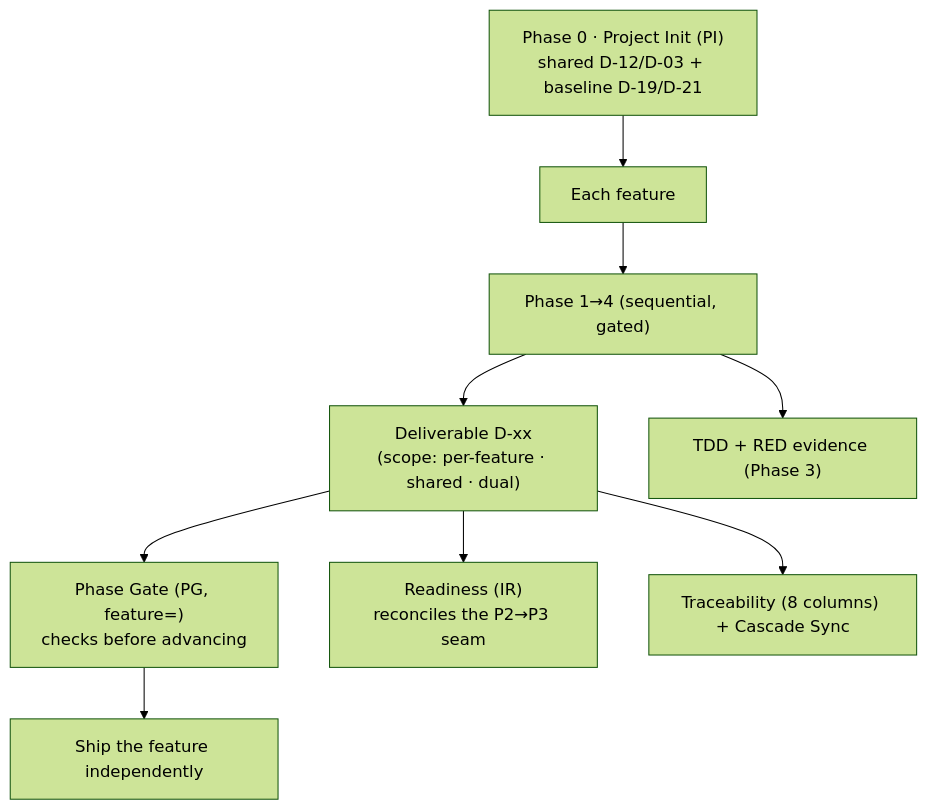
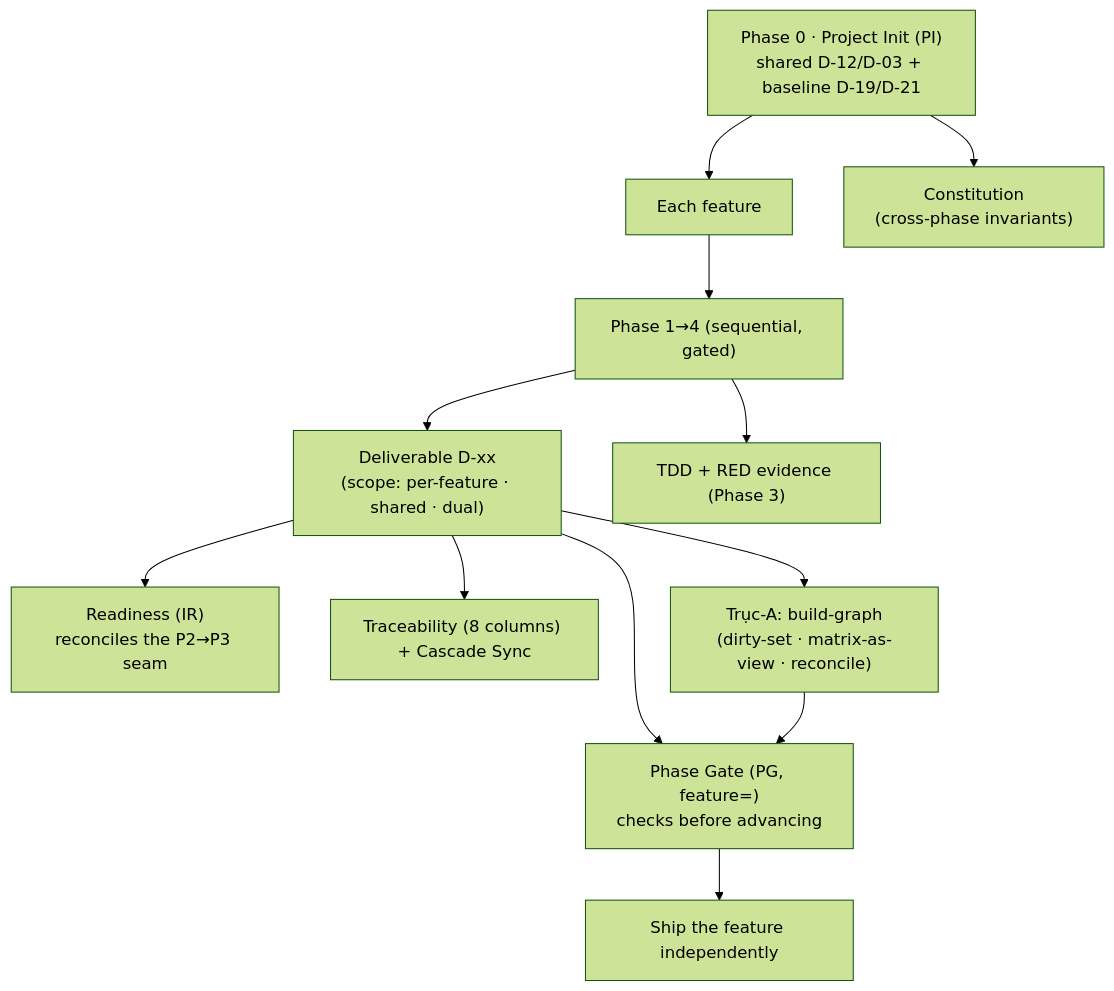
One commit to hanh9898/waterfall-bmad-method changed the seventh of 7 diagrams in docs/en/explanation/concepts.md. Above: the diagram before and after it, drawn with Mermaid (forest theme). The commit also changed other lines of this file and 3 other files, not shown here.

First line of the commit message:
docs(hbc): wave 2/5 explanation — trục-A model + gate RECYCLE + constitution (vi+en)

````diff
--- a/docs/en/explanation/concepts.md
+++ b/docs/en/explanation/concepts.md
@@ -212,11 +248,14 @@
 ```mermaid
 flowchart TD
     P0["Phase 0 · Project Init (PI)<br/>shared D-12/D-03 + baseline D-19/D-21"] --> FEAT["Each feature"]
     FEAT --> P["Phase 1→4 (sequential, gated)"]
     P --> D["Deliverable D-xx<br/>(scope: per-feature · shared · dual)"]
     D --> G["Phase Gate (PG, feature=)<br/>checks before advancing"]
     D --> IR["Readiness (IR)<br/>reconciles the P2→P3 seam"]
     P --> TDD["TDD + RED evidence (Phase 3)"]
     D --> T["Traceability (8 columns) + Cascade Sync"]
+    D --> AX["Trục-A: build-graph<br/>(dirty-set · matrix-as-view · reconcile)"]
+    P0 --> CON["Constitution<br/>(cross-phase invariants)"]
+    AX --> G
     G --> SHIP["Ship the feature independently"]
 ```
````
